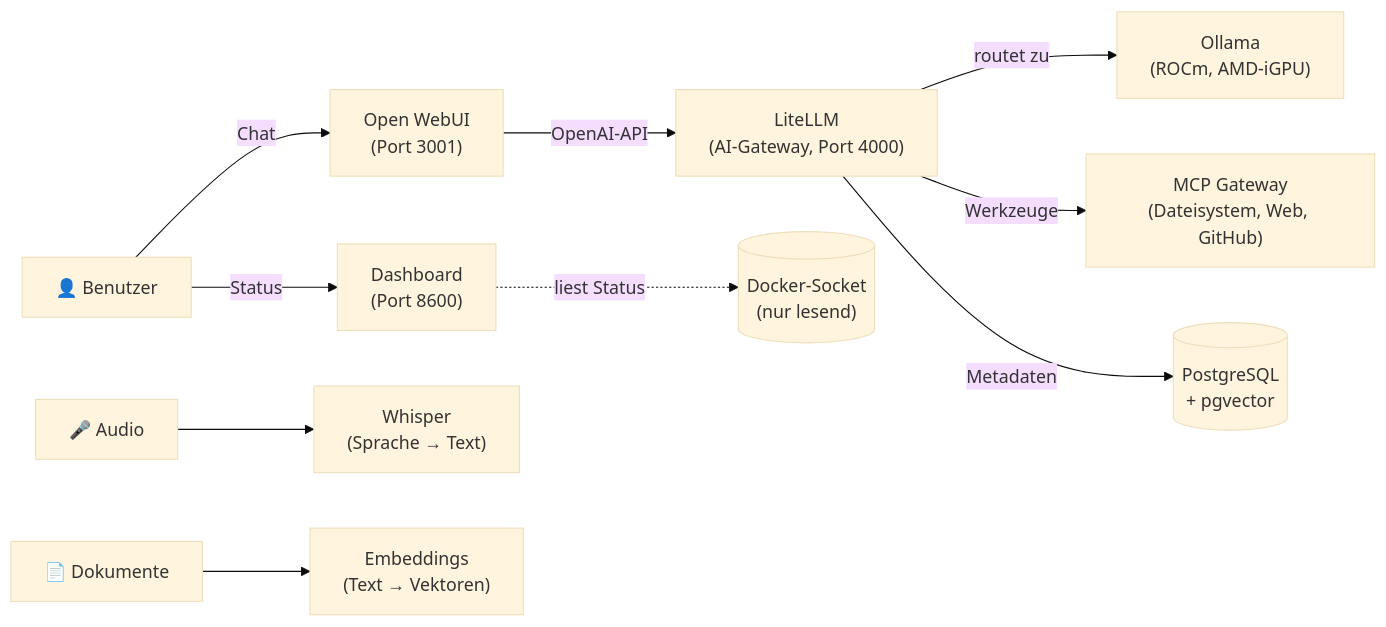
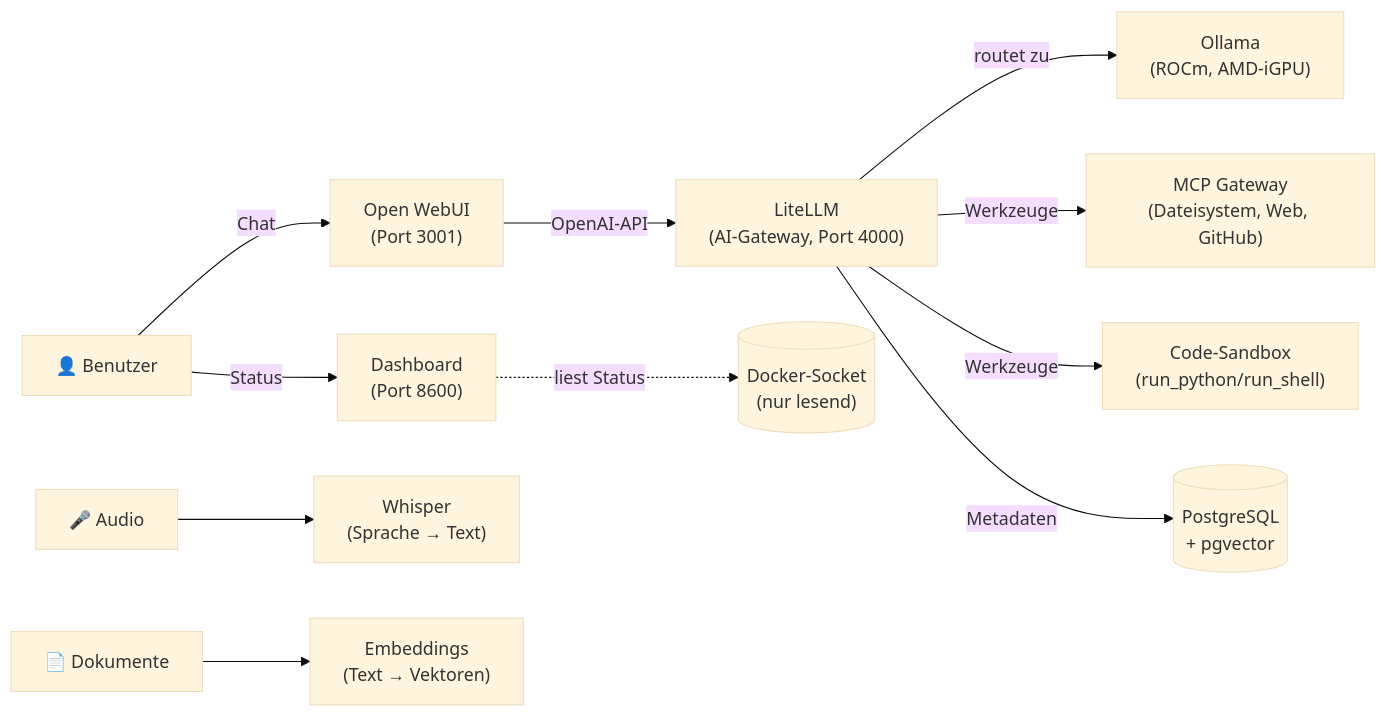
The first of 2 diagrams in README.md (derBerliner1983/self-hosted-llm-stack), drawn with Mermaid (base theme) before and after one commit. The commit also changed other lines of this file and 10 other files, not shown here.

````diff
--- a/README.md
+++ b/README.md
@@ -84,12 +84,13 @@
 ```mermaid
 graph LR
     U["👤 Benutzer"] -->|Chat| W["Open WebUI<br/>(Port 3001)"]
     U -->|Status| DASH["Dashboard<br/>(Port 8600)"]
     W -->|OpenAI-API| L["LiteLLM<br/>(AI-Gateway, Port 4000)"]
     L -->|routet zu| O["Ollama<br/>(ROCm, AMD-iGPU)"]
     L -->|Werkzeuge| M["MCP Gateway<br/>(Dateisystem, Web, GitHub)"]
+    L -->|Werkzeuge| S["Code-Sandbox<br/>(run_python/run_shell)"]
     L -->|Metadaten| DB[("PostgreSQL<br/>+ pgvector")]
     A["🎤 Audio"] --> WH["Whisper<br/>(Sprache → Text)"]
     D["📄 Dokumente"] --> E["Embeddings<br/>(Text → Vektoren)"]
     DASH -.->|liest Status| SOCK[("Docker-Socket<br/>(nur lesend)")]
 ```
````
